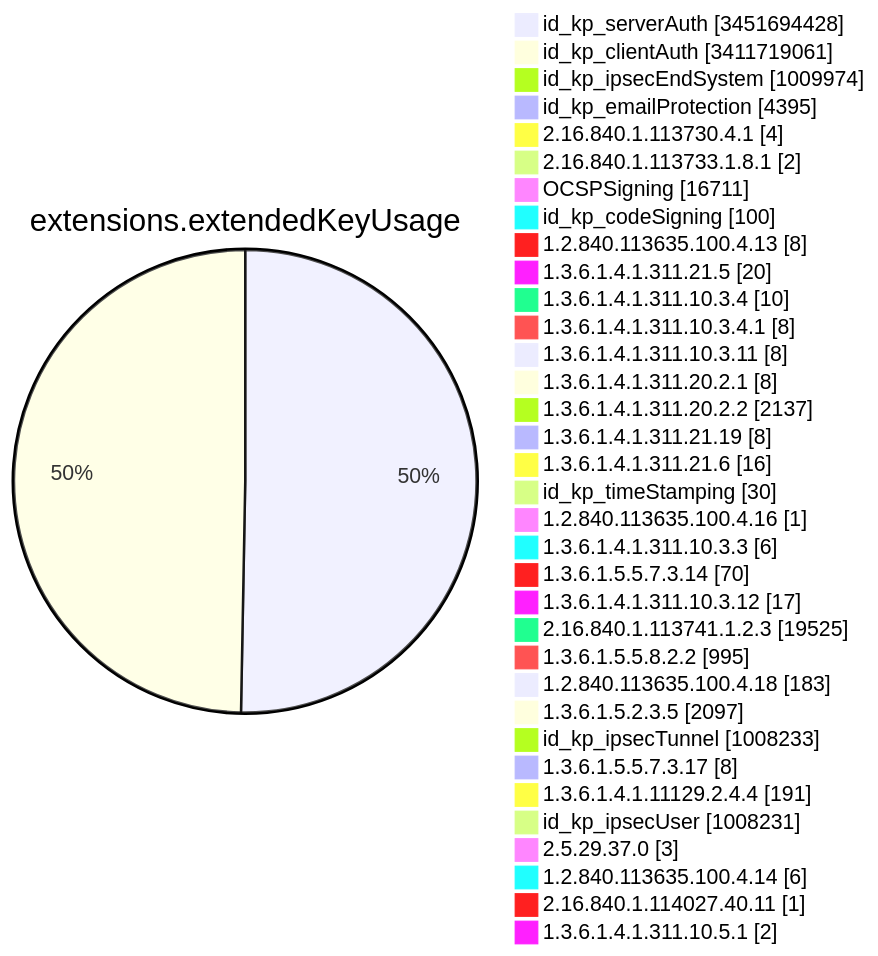
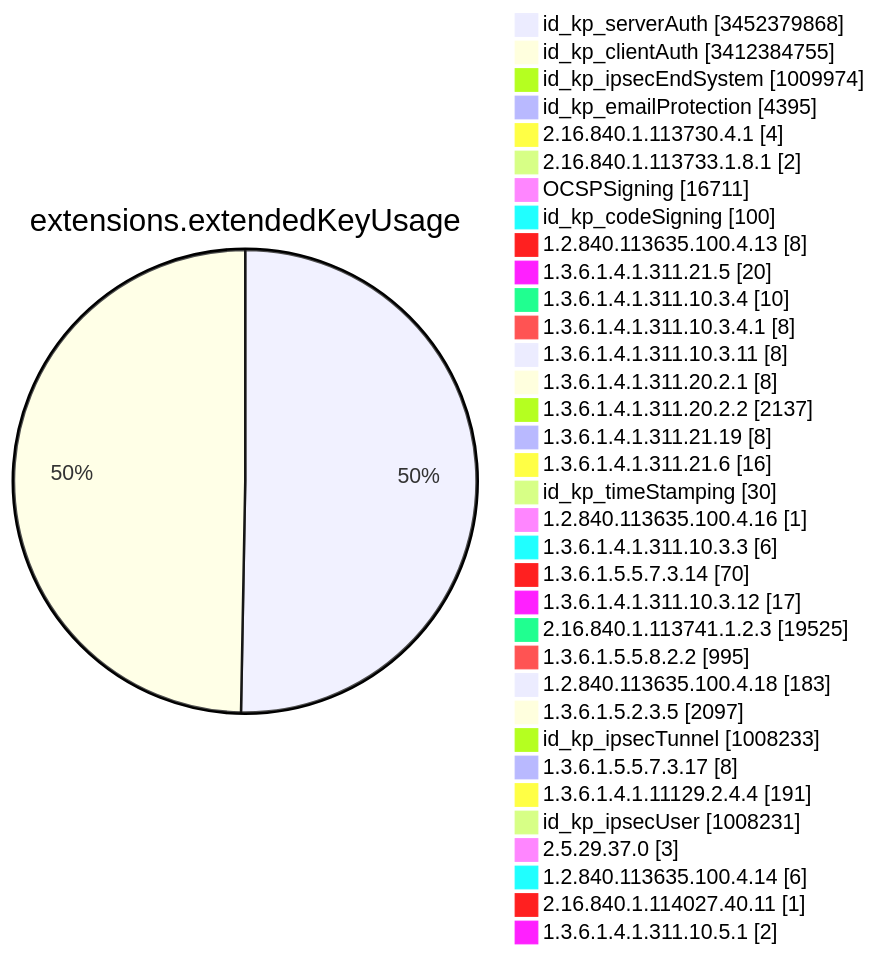
One commit to christiankrug/ctmonitor_visualization changed diagram 11 of 15 in TOTAL/README.md. Above: the diagram before and after it, drawn with Mermaid. The commit also changed other lines of this file, not shown here.

````diff
--- a/TOTAL/README.md
+++ b/TOTAL/README.md
@@ -4123,38 +4123,38 @@
 ```mermaid
 pie showData
 title extensions.extendedKeyUsage
-"id_kp_serverAuth" :3451694428
-"id_kp_clientAuth" :3411719061
+"id_kp_serverAuth" :3452379868
+"id_kp_clientAuth" :3412384755
 "id_kp_ipsecEndSystem" :1009974
 "id_kp_emailProtection" :4395
 "2.16.840.1.113730.4.1" :4
 "2.16.840.1.113733.1.8.1" :2
 "OCSPSigning" :16711
 "id_kp_codeSigning" :100
 "1.2.840.113635.100.4.13" :8
 "1.3.6.1.4.1.311.21.5" :20
 "1.3.6.1.4.1.311.10.3.4" :10
 "1.3.6.1.4.1.311.10.3.4.1" :8
 "1.3.6.1.4.1.311.10.3.11" :8
 "1.3.6.1.4.1.311.20.2.1" :8
 "1.3.6.1.4.1.311.20.2.2" :2137
 "1.3.6.1.4.1.311.21.19" :8
 "1.3.6.1.4.1.311.21.6" :16
 "id_kp_timeStamping" :30
 "1.2.840.113635.100.4.16" :1
 "1.3.6.1.4.1.311.10.3.3" :6
 "1.3.6.1.5.5.7.3.14" :70
 "1.3.6.1.4.1.311.10.3.12" :17
 "2.16.840.1.113741.1.2.3" :19525
 "1.3.6.1.5.5.8.2.2" :995
 "1.2.840.113635.100.4.18" :183
 "1.3.6.1.5.2.3.5" :2097
 "id_kp_ipsecTunnel" :1008233
 "1.3.6.1.5.5.7.3.17" :8
 "1.3.6.1.4.1.11129.2.4.4" :191
 "id_kp_ipsecUser" :1008231
 "2.5.29.37.0" :3
 "1.2.840.113635.100.4.14" :6
 "2.16.840.1.114027.40.11" :1
 "1.3.6.1.4.1.311.10.5.1" :2
 ```
````
